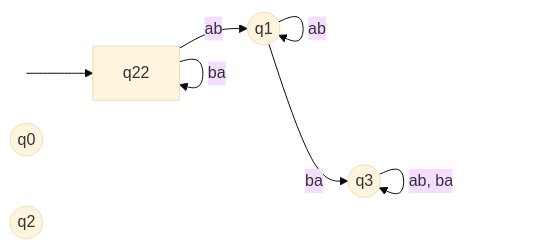
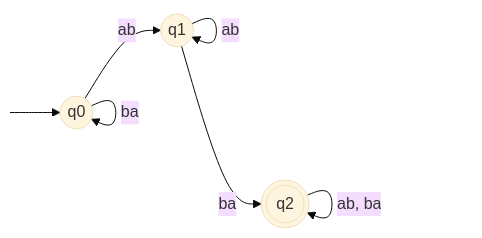
The second of 3 diagrams in sem3/TIN/UE/bf/TI-bf-u03.md (bfeitknecht/vault), drawn with Mermaid (base theme) before and after one commit. The commit also changed other lines of this file, not shown here.

Commit message:
backup: 2024-10-09T23:41:11+02:00 from MacBook Pro (echo)
Affected files:
sem3/TIN/UE/bf/TI-bf-u03.md

````diff
--- a/sem3/TIN/UE/bf/TI-bf-u03.md
+++ b/sem3/TIN/UE/bf/TI-bf-u03.md
@@ -73,21 +74,20 @@
 ```mermaid
 flowchart LR
 
 classDef hidden display: none;
 
 S:::hidden
 q0((q0))
 q1((q1))
-q2((q2))
-q3((q3))
+q2(((q2)))
 
-S --> q22
+S --> q0
 
 q1 -->|"ab"| q1
-q1 -->|"ba"| q3
+q1 -->|"ba"| q2
 
-q22 -->|"ab"| q1
-q22 -->|"ba"| q22
+q0 -->|"ab"| q1
+q0 -->|"ba"| q0
 
-q3 -->|"ab, ba"| q3
+q2 -->|"ab, ba"| q2
 ```
````
